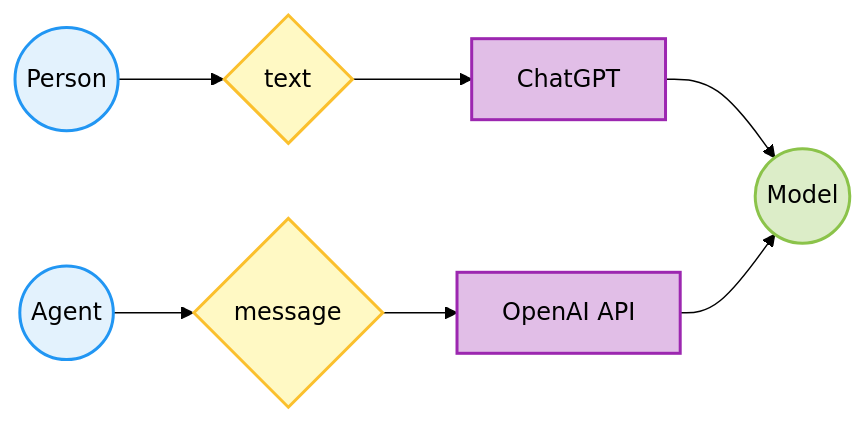
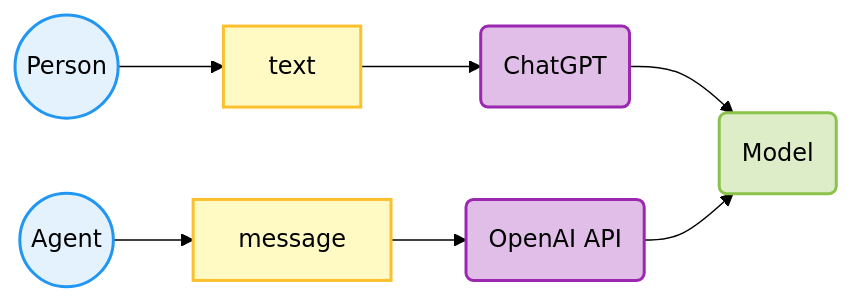
One commit to GPTmini/from-llm-to-agent changed the diagram in mermaid-scripts/api.mmd. Above: the diagram before and after it, drawn with Mermaid (forest theme). The commit also changed 3 other files, not shown here.

```diff
--- a/mermaid-scripts/api.mmd
+++ b/mermaid-scripts/api.mmd
@@ -1,10 +1,10 @@
 flowchart LR
     classDef in fill:#E3F2FD,stroke:#2196F3,stroke-width:2px;
     classDef model fill:#FFF9C4,stroke:#FBC02D,stroke-width:2px;
     classDef data fill:#E1BEE7,stroke:#9C27B0,stroke-width:2px;
     classDef test fill:#F8BBD0,stroke:#E91E63,stroke-width:2px;
     classDef out fill:#DCEDC8,stroke:#8BC34A,stroke-width:2px;
     classDef skip stroke:#B0BEC5,stroke-width:2px,stroke-dasharray: 5 5;
 
-    P((Person)):::in --> T{text}:::model --> C[ChatGPT]:::data --> M((Model)):::out
-    A((Agent)):::in --> R{message}:::model --> I[OpenAI API]:::data --> M
+    P((Person)):::in --> T[text]:::model --> C(ChatGPT):::data --> M(Model):::out
+    A((Agent)):::in --> R[message]:::model --> I(OpenAI API):::data --> M
```
